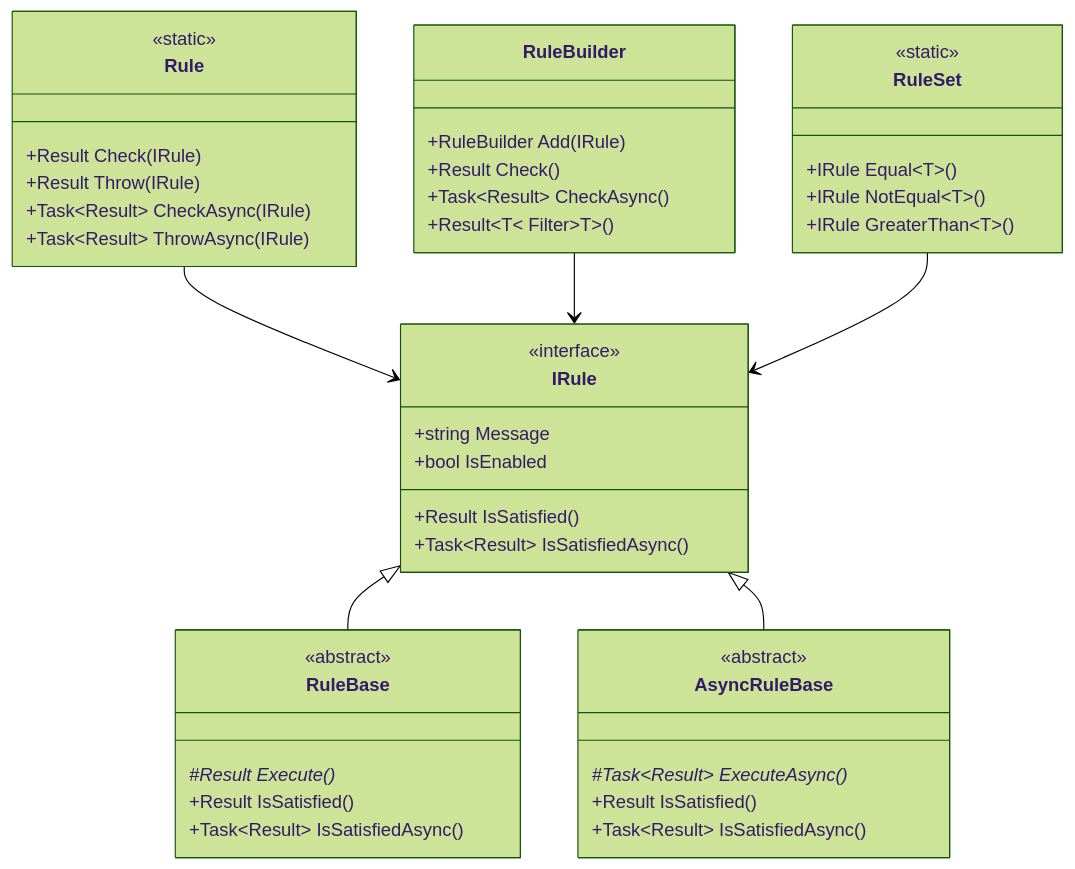
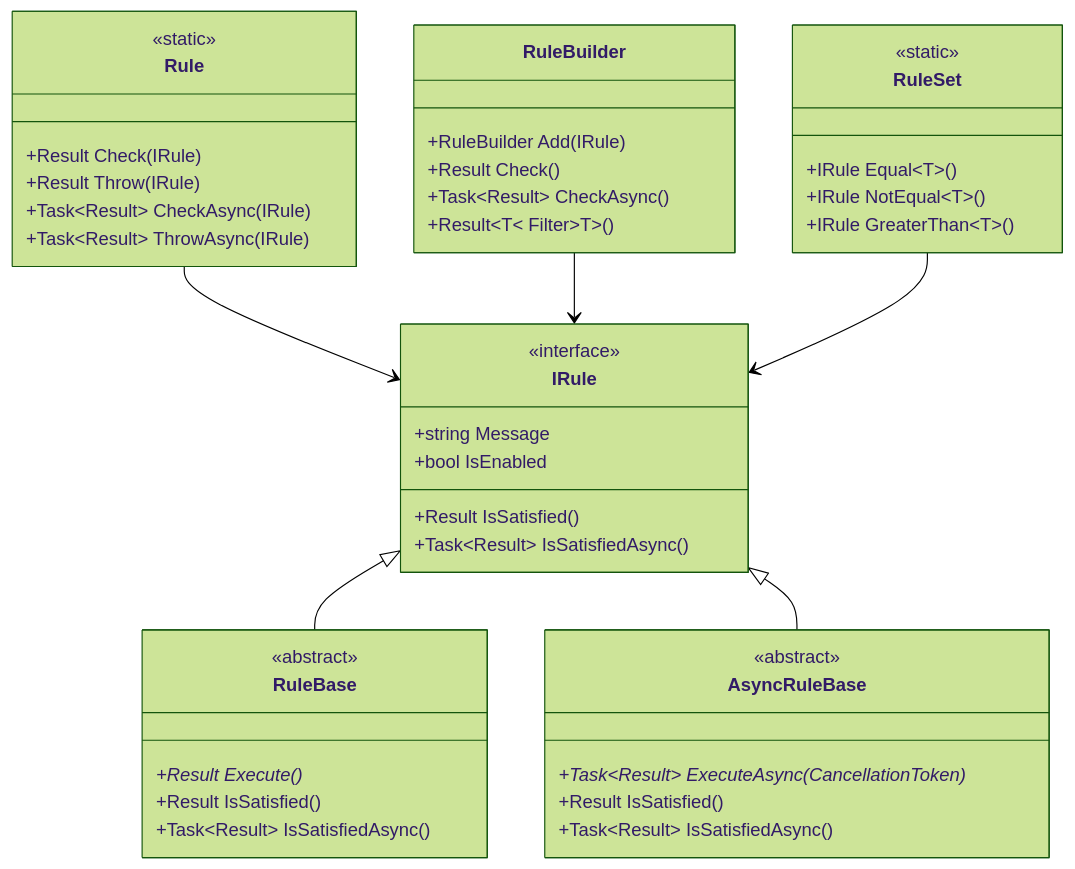
Before and after one commit to BridgingIT-GmbH/bITdevKit: the diagram in docs/features-rules.md, drawn with Mermaid (forest theme). The commit also changed other lines of this file and 62 other files, not shown here.

````diff
--- a/docs/features-rules.md
+++ b/docs/features-rules.md
@@ -222,56 +284,56 @@
 ```mermaid
 classDiagram
     %% Interfaces
     class IRule {
         <<interface>>
         +string Message
         +bool IsEnabled
         +Result IsSatisfied()
         +Task~Result~ IsSatisfiedAsync()
     }
 
     %% Base Classes
     class RuleBase {
         <<abstract>>
-        #Result Execute()*
+        +Result Execute()*
         +Result IsSatisfied()
         +Task~Result~ IsSatisfiedAsync()
     }
 
     class AsyncRuleBase {
         <<abstract>>
-        #Task~Result~ ExecuteAsync()*
+        +Task~Result~ ExecuteAsync(CancellationToken)*
         +Result IsSatisfied()
         +Task~Result~ IsSatisfiedAsync()
     }
 
     %% Main Classes
     class Rule {
         <<static>>
         +Result Check(IRule)
         +Result Throw(IRule)
         +Task~Result~ CheckAsync(IRule)
         +Task~Result~ ThrowAsync(IRule)
     }
 
     class RuleBuilder {
         +RuleBuilder Add(IRule)
         +Result Check()
         +Task~Result~ CheckAsync()
         +Result~T~ Filter~T~()
     }
 
     class RuleSet {
         <<static>>
         +IRule Equal~T~()
         +IRule NotEqual~T~()
         +IRule GreaterThan~T~()
     }
 
     %% Relationships
     IRule <|-- RuleBase
     IRule <|-- AsyncRuleBase
     Rule --> IRule
     RuleBuilder --> IRule
     RuleSet --> IRule
 ```
````
